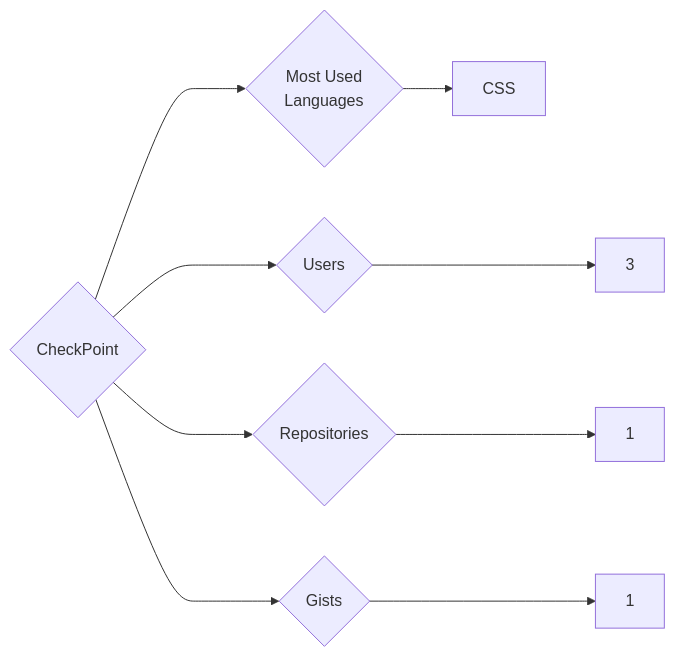
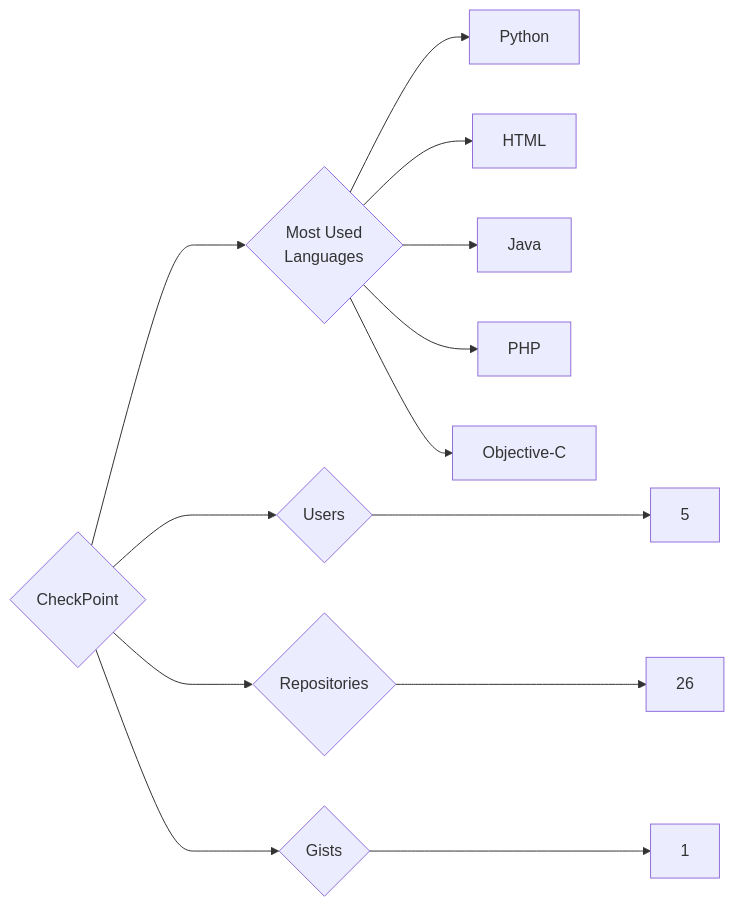
Before and after one commit to trickest/insiders: the diagram in targets/CheckPoint/README.md, drawn with Mermaid. The commit also changed 749 other files, not shown here.

````diff
--- a/targets/CheckPoint/README.md
+++ b/targets/CheckPoint/README.md
@@ -3,9 +3,13 @@
 ```mermaid
 graph LR
 COMPANY_NAME{CheckPoint}
-COMPANY_NAME ---> U{Users} ---> UN[3]
-COMPANY_NAME ---> R{Repositories} ---> RN[1]
+COMPANY_NAME ---> U{Users} ---> UN[5]
+COMPANY_NAME ---> R{Repositories} ---> RN[26]
 COMPANY_NAME ---> G{Gists} ---> GN[1]
 COMPANY_NAME ---> ML{Most Used<br>Languages}
-ML --> CSS[CSS]
+ML --> Python[Python]
+ML --> HTML[HTML]
+ML --> Java[Java]
+ML --> PHP[PHP]
+ML --> Objective-C[Objective-C]
 ```
````
